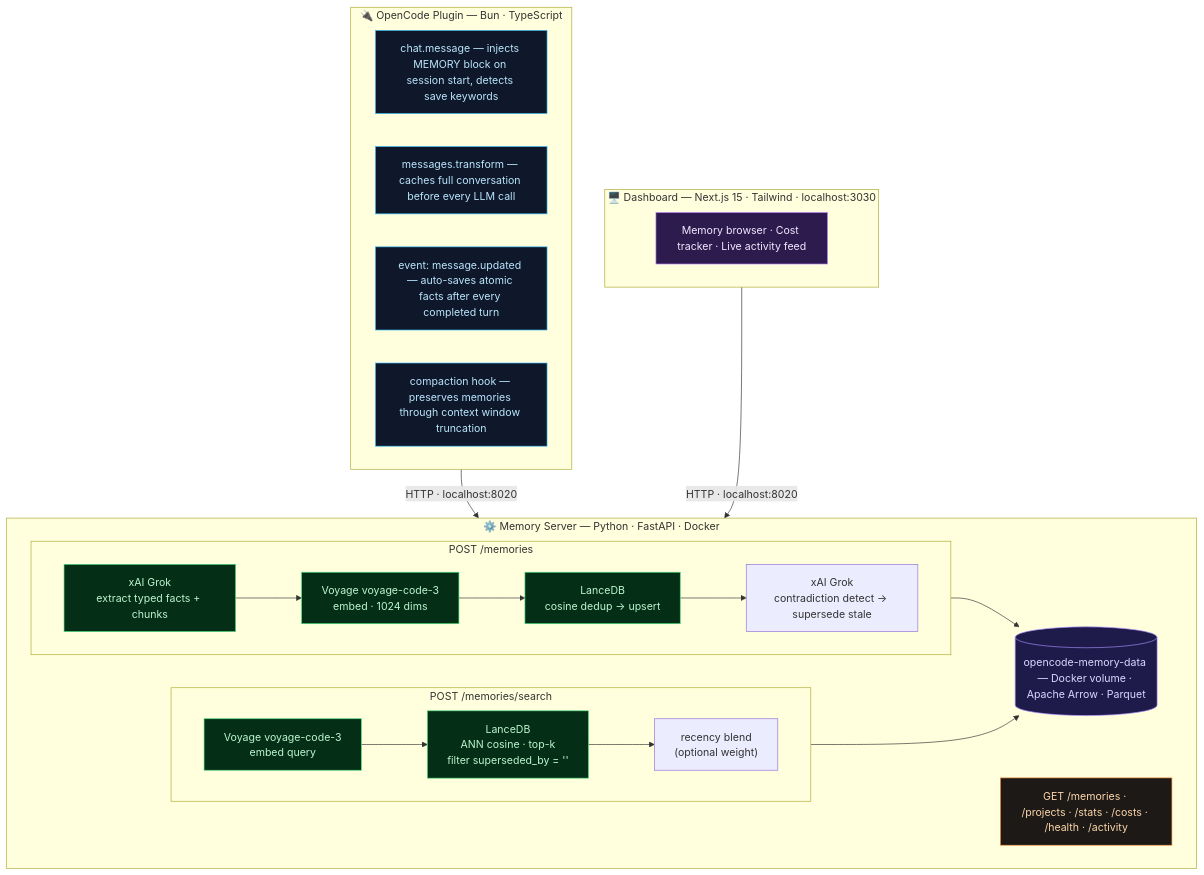
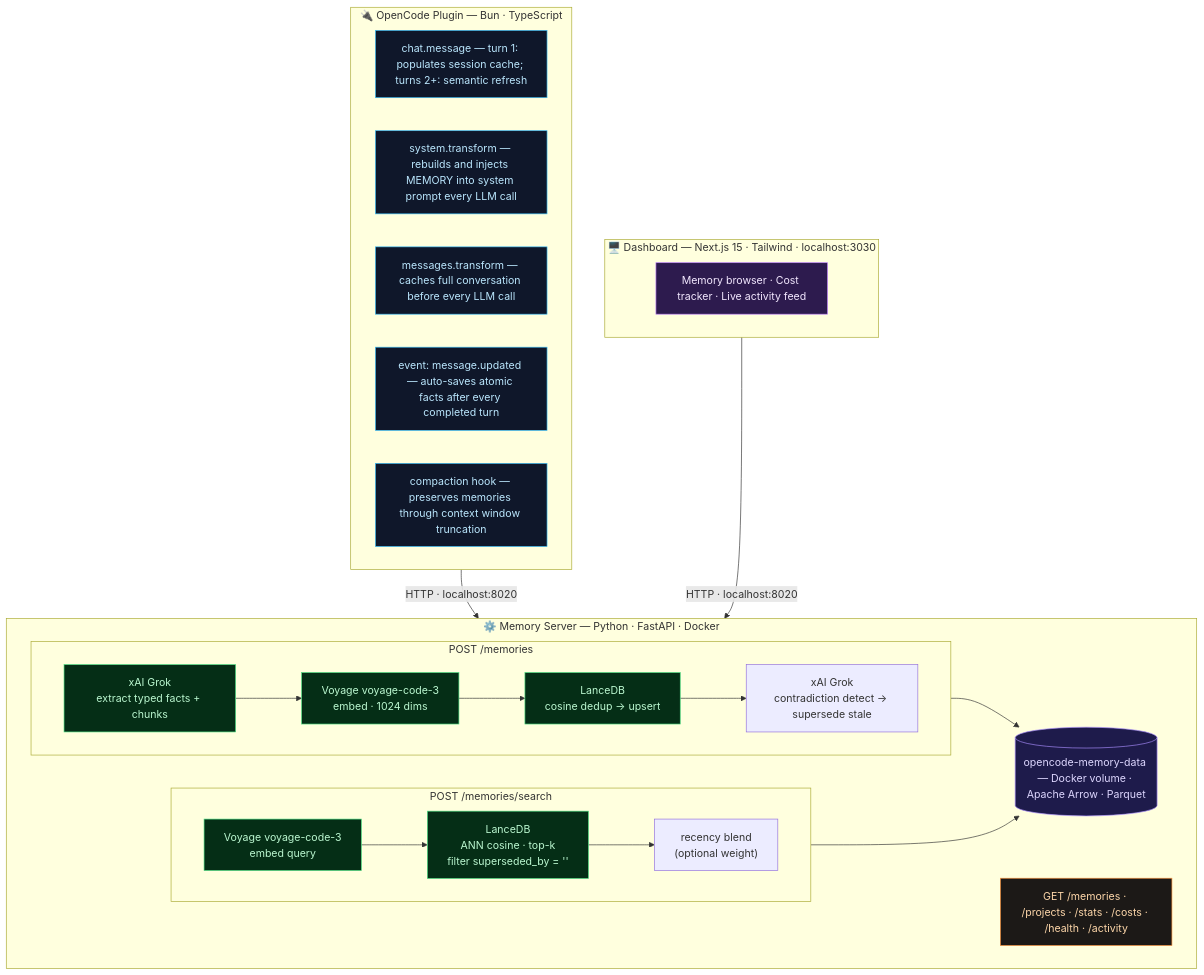
One commit to prosperitypirate/opencode-memory changed the diagram in README.md. Above: the diagram before and after it, drawn with Mermaid. The commit also changed other lines of this file and 12 other files, not shown here.

First line of the commit message:
feat(memory): per-turn [MEMORY] refresh via system.transform hook (#44)

````diff
--- a/README.md
+++ b/README.md
@@ -380,44 +389,45 @@
 ```mermaid
 flowchart TD
     subgraph PLUGIN["🔌 OpenCode Plugin — Bun · TypeScript"]
-        H1["chat.message — injects MEMORY block on session start, detects save keywords"]
+        H1["chat.message — turn 1: populates session cache; turns 2+: semantic refresh"]
+        H5["system.transform — rebuilds and injects MEMORY into system prompt every LLM call"]
         H2["messages.transform — caches full conversation before every LLM call"]
         H3["event: message.updated — auto-saves atomic facts after every completed turn"]
         H4["compaction hook — preserves memories through context window truncation"]
     end
 
     PLUGIN -->|"HTTP · localhost:8020"| SERVER
 
     subgraph SERVER["⚙️ Memory Server — Python · FastAPI · Docker"]
         subgraph WRITE["POST /memories"]
             direction LR
             W1["xAI Grok<br/>extract typed facts + chunks"] --> W2["Voyage voyage-code-3<br/>embed · 1024 dims"] --> W3["LanceDB<br/>cosine dedup → upsert"] --> W4["xAI Grok<br/>contradiction detect → supersede stale"]
         end
         subgraph FIND["POST /memories/search"]
             direction LR
             F1["Voyage voyage-code-3<br/>embed query"] --> F2["LanceDB<br/>ANN cosine · top-k<br/>filter superseded_by = ''"] --> F3["recency blend<br/>(optional weight)"]
         end
         REST["GET /memories · /projects · /stats · /costs · /health · /activity"]
         VOL[("opencode-memory-data — Docker volume · Apache Arrow · Parquet")]
         WRITE --> VOL
         FIND --> VOL
     end
 
     DASH -->|"HTTP · localhost:8020"| SERVER
 
     subgraph DASH["🖥️ Dashboard — Next.js 15 · Tailwind · localhost:3030"]
         UI["Memory browser · Cost tracker · Live activity feed"]
     end
 
     classDef hook fill:#0f172a,stroke:#38bdf8,color:#bae6fd
     classDef ai   fill:#052e16,stroke:#4ade80,color:#bbf7d0
     classDef rest fill:#1c1917,stroke:#fb923c,color:#fed7aa
     classDef db   fill:#1e1b4b,stroke:#a78bfa,color:#ddd6fe
     classDef ui   fill:#2d1b4e,stroke:#c084fc,color:#f3e8ff
 
-    class H1,H2,H3,H4 hook
+    class H1,H2,H3,H4,H5 hook
     class W1,W2,W3,F1,F2 ai
     class REST rest
     class VOL db
     class UI ui
 ```
````
